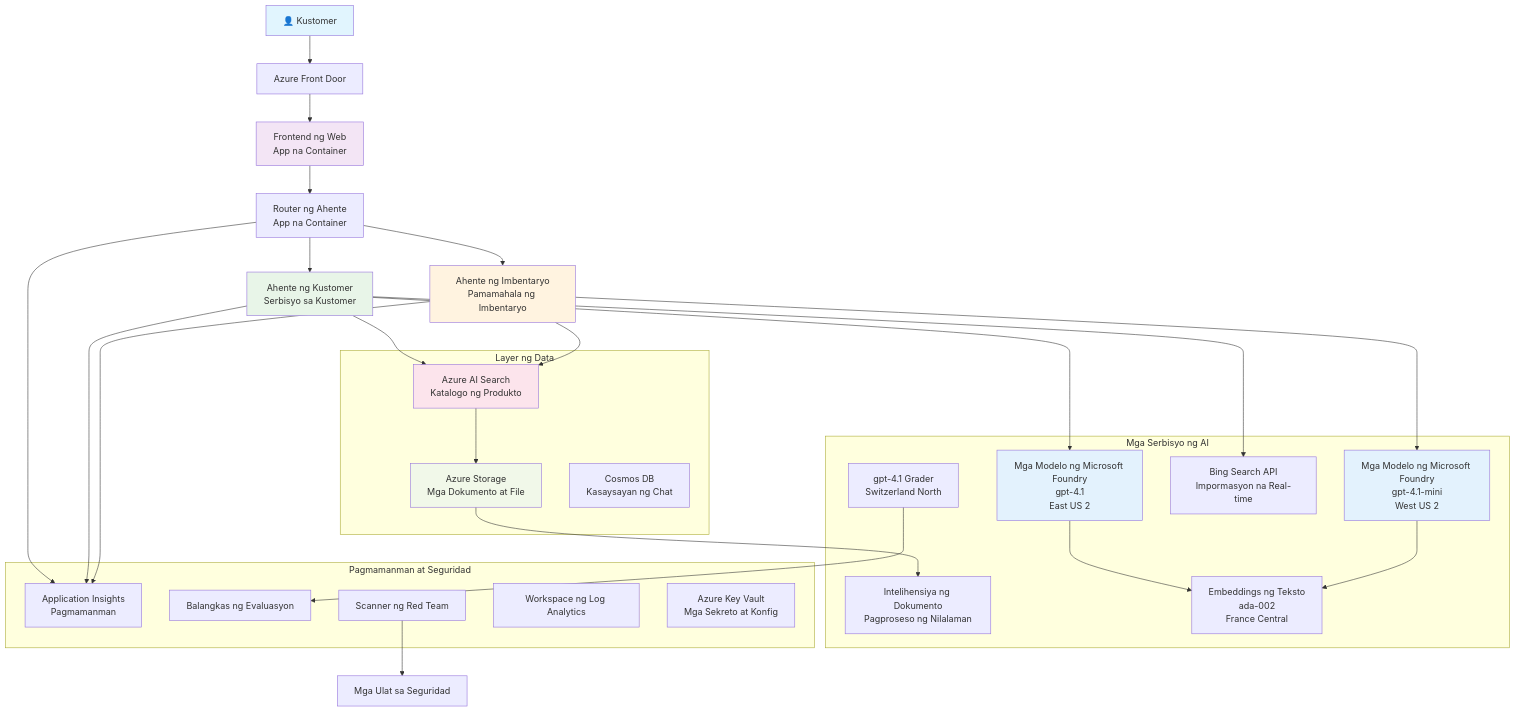
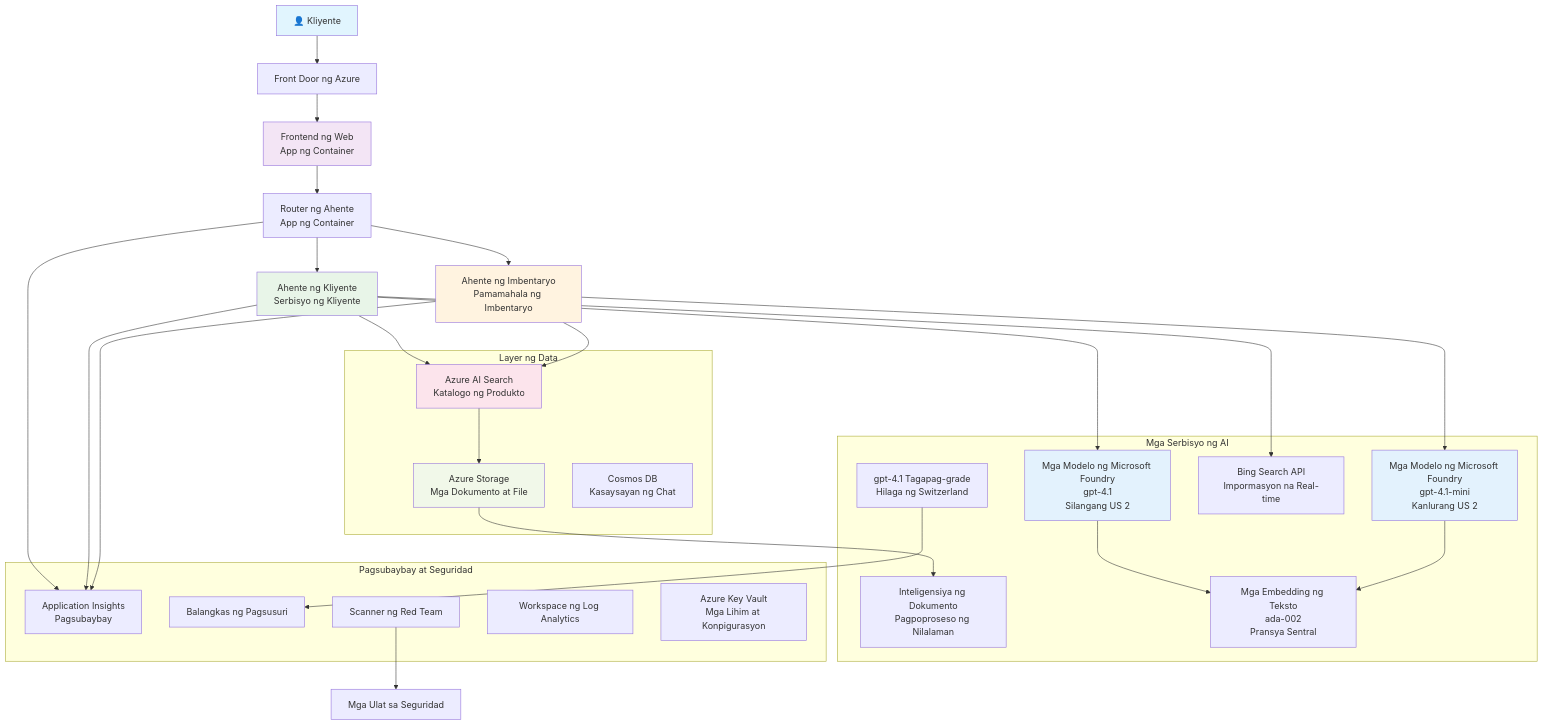
The diagram in translations/tl/examples/retail-scenario.md (microsoft/AZD-for-beginners), drawn with Mermaid before and after one commit. The commit also changed other lines of this file and 104 other files, not shown here.

````diff
--- a/translations/tl/examples/retail-scenario.md
+++ b/translations/tl/examples/retail-scenario.md
@@ -139,61 +139,61 @@
 ```mermaid
 graph TB
-    User[👤 Kustomer] --> LB[Azure Front Door]
-    LB --> WebApp[Frontend ng Web<br/>App na Container]
+    User[👤 Kliyente] --> LB[Front Door ng Azure]
+    LB --> WebApp[Frontend ng Web<br/>App ng Container]
     
-    WebApp --> Router[Router ng Ahente<br/>App na Container]
-    Router --> CustomerAgent[Ahente ng Kustomer<br/>Serbisyo sa Kustomer]
+    WebApp --> Router[Router ng Ahente<br/>App ng Container]
+    Router --> CustomerAgent[Ahente ng Kliyente<br/>Serbisyo ng Kliyente]
     Router --> InvAgent[Ahente ng Imbentaryo<br/>Pamamahala ng Imbentaryo]
     
-    CustomerAgent --> OpenAI1[Mga Modelo ng Microsoft Foundry<br/>gpt-4.1<br/>East US 2]
-    InvAgent --> OpenAI2[Mga Modelo ng Microsoft Foundry<br/>gpt-4.1-mini<br/>West US 2]
+    CustomerAgent --> OpenAI1[Mga Modelo ng Microsoft Foundry<br/>gpt-4.1<br/>Silangang US 2]
+    InvAgent --> OpenAI2[Mga Modelo ng Microsoft Foundry<br/>gpt-4.1-mini<br/>Kanlurang US 2]
     
     CustomerAgent --> AISearch[Azure AI Search<br/>Katalogo ng Produkto]
     CustomerAgent --> BingSearch[Bing Search API<br/>Impormasyon na Real-time]
     InvAgent --> AISearch
     
     AISearch --> Storage[Azure Storage<br/>Mga Dokumento at File]
-    Storage --> DocIntel[Intelihensiya ng Dokumento<br/>Pagproseso ng Nilalaman]
+    Storage --> DocIntel[Inteligensiya ng Dokumento<br/>Pagpoproseso ng Nilalaman]
     
-    OpenAI1 --> Embeddings[Embeddings ng Teksto<br/>ada-002<br/>France Central]
+    OpenAI1 --> Embeddings[Mga Embedding ng Teksto<br/>ada-002<br/>Pransya Sentral]
     OpenAI2 --> Embeddings
     
-    Router --> AppInsights[Application Insights<br/>Pagmamanman]
+    Router --> AppInsights[Application Insights<br/>Pagsubaybay]
     CustomerAgent --> AppInsights
     InvAgent --> AppInsights
     
-    GraderModel[gpt-4.1 Grader<br/>Switzerland North] --> Evaluation[Balangkas ng Evaluasyon]
+    GraderModel[gpt-4.1 Tagapag-grade<br/>Hilaga ng Switzerland] --> Evaluation[Balangkas ng Pagsusuri]
     RedTeam[Scanner ng Red Team] --> SecurityReports[Mga Ulat sa Seguridad]
     
     subgraph "Layer ng Data"
         Storage
         AISearch
         CosmosDB[Cosmos DB<br/>Kasaysayan ng Chat]
     end
     
     subgraph "Mga Serbisyo ng AI"
         OpenAI1
         OpenAI2
         Embeddings
         GraderModel
         DocIntel
         BingSearch
     end
     
-    subgraph "Pagmamanman at Seguridad"
+    subgraph "Pagsubaybay at Seguridad"
         AppInsights
         LogAnalytics[Workspace ng Log Analytics]
-        KeyVault[Azure Key Vault<br/>Mga Sekreto at Konfig]
+        KeyVault[Azure Key Vault<br/>Mga Lihim at Konpigurasyon]
         RedTeam
         Evaluation
     end
     
     style User fill:#e1f5fe
     style WebApp fill:#f3e5f5
     style CustomerAgent fill:#e8f5e8
     style InvAgent fill:#fff3e0
     style OpenAI1 fill:#e3f2fd
     style OpenAI2 fill:#e3f2fd
     style AISearch fill:#fce4ec
     style Storage fill:#f1f8e9
 ```
````
